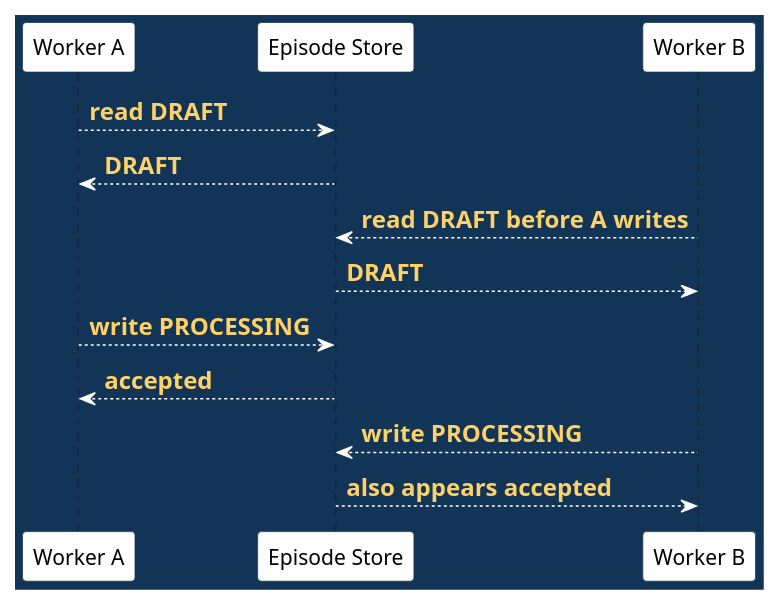
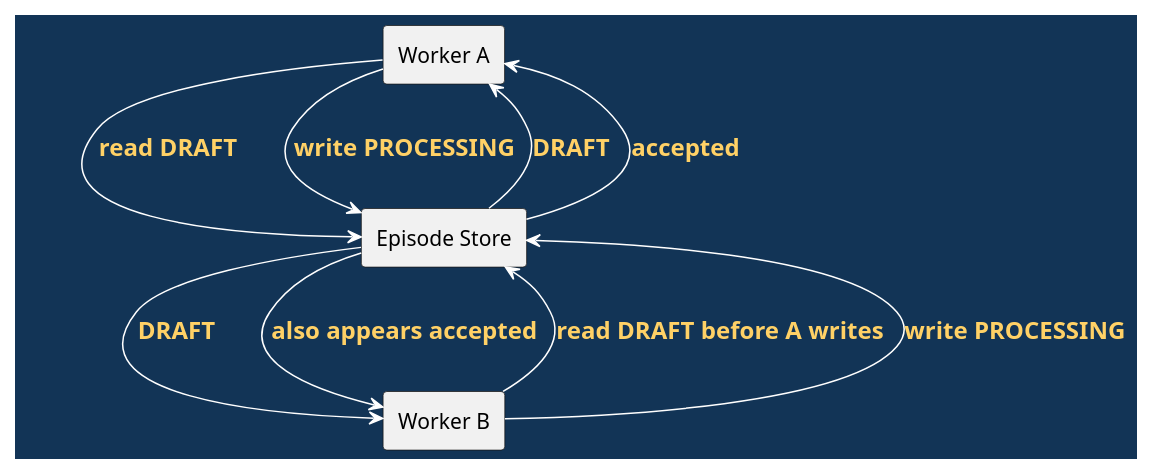
The seventh of 14 diagrams in doc/lectures/week4/tradeoffs/README.slides.adoc (madajaju/CS5254), drawn with PlantUML before and after one commit. The commit also changed other lines of this file and 74 other files, not shown here.

```diff
--- a/doc/lectures/week4/tradeoffs/README.slides.adoc
+++ b/doc/lectures/week4/tradeoffs/README.slides.adoc
@@ -261,29 +261,29 @@
 [plantuml, failure-interleaving, svg, width=100%]
 ----
 @startuml
 skinparam BackgroundColor #123456
 skinparam DefaultFontColor black
 skinparam ArrowColor white
 skinparam ArrowFontColor #ffd166
 skinparam ArrowFontStyle bold
 skinparam ArrowFontSize 16
 skinparam BorderColor #123456
 skinparam shadowing false
 skinparam LifeLineBorderColor white
 skinparam LifeLineBackgroundColor white
 skinparam ParticipantBorderColor #123456
 skinparam ParticipantBackgroundColor white
 skinparam ParticipantFontColor black
-participant "Worker A" as A
-participant "Episode Store" as S
-participant "Worker B" as B
+rectangle "Worker A" as A
+rectangle "Episode Store" as S
+rectangle "Worker B" as B
 A --> S : read DRAFT
 S --> A : DRAFT
 B --> S : read DRAFT before A writes
 S --> B : DRAFT
 A --> S : write PROCESSING
 S --> A : accepted
 B --> S : write PROCESSING
 S --> B : also appears accepted
 @enduml
 ----
```
